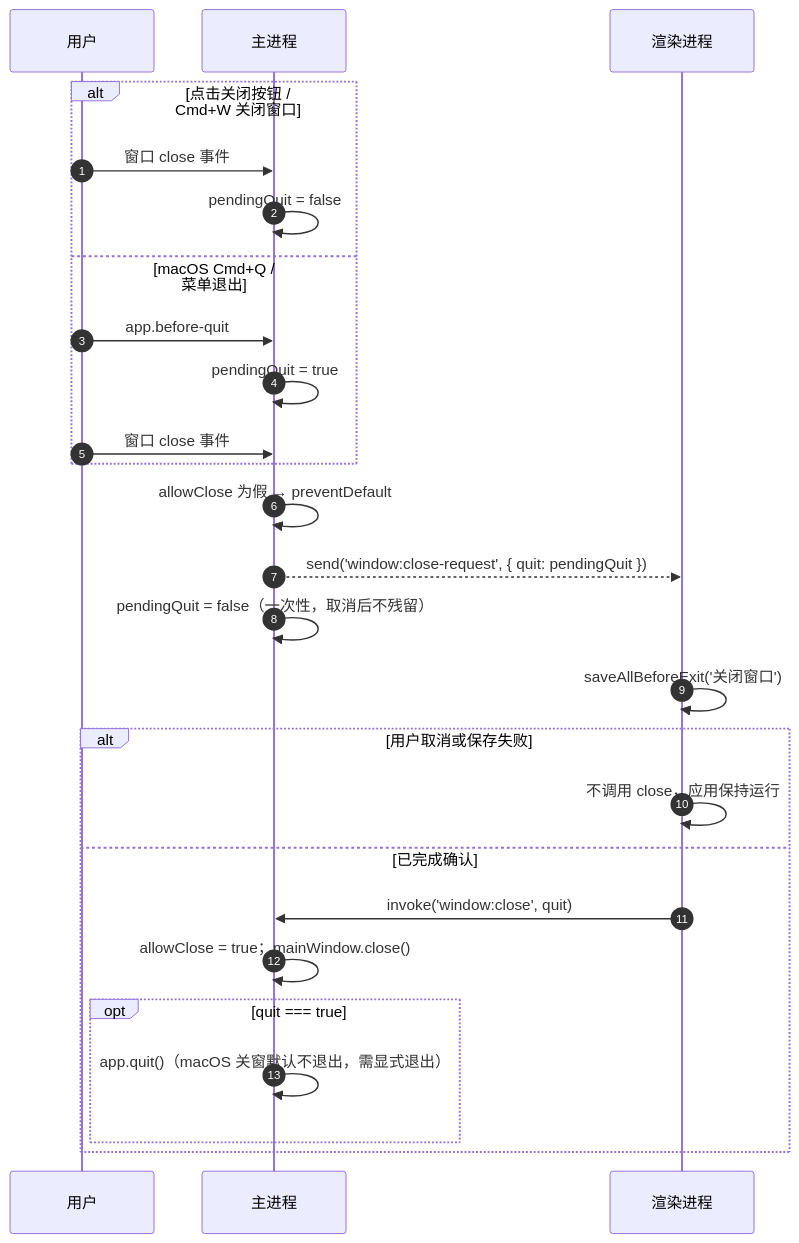
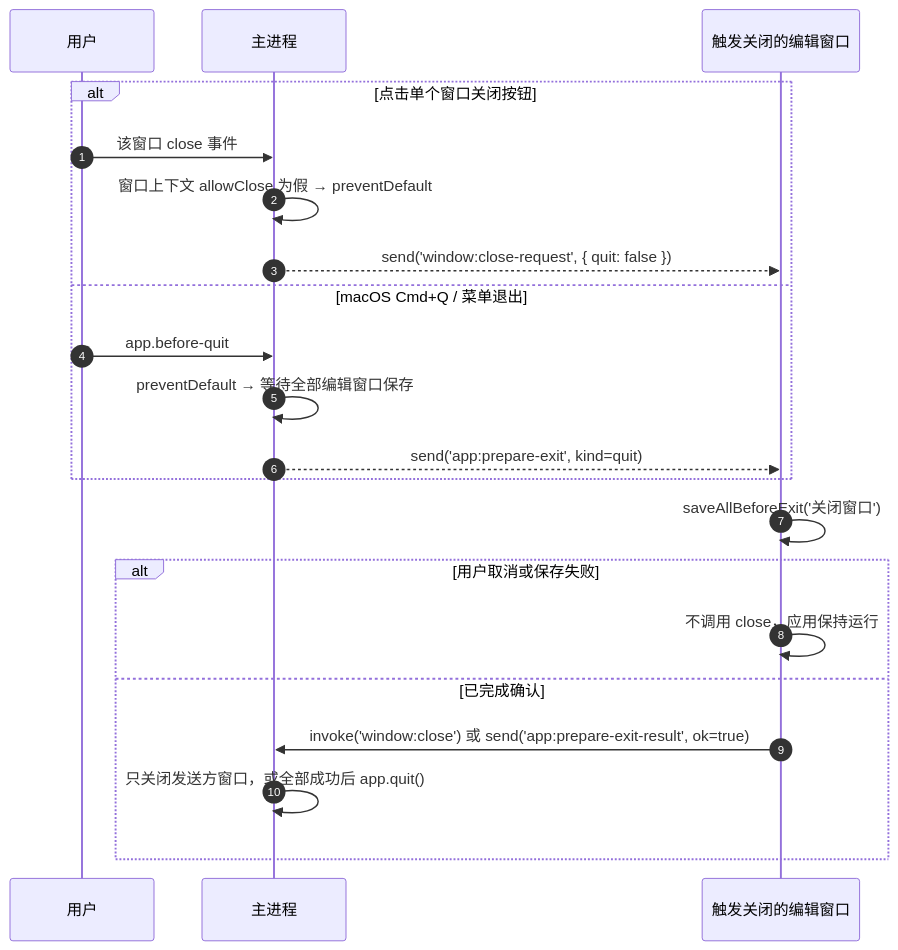
Before and after one commit to Harley-xk/mark-it: the fourth of 4 diagrams in docs/IPC接口与进程契约.md, drawn with Mermaid. The commit also changed other lines of this file and 47 other files, not shown here.

````diff
--- a/docs/IPC接口与进程契约.md
+++ b/docs/IPC接口与进程契约.md
@@ -386,30 +410,25 @@
 ```mermaid
 sequenceDiagram
     autonumber
     participant U as 用户
     participant M as 主进程
-    participant R as 渲染进程
+    participant R as 触发关闭的编辑窗口
 
-    alt 点击关闭按钮 / Cmd+W 关闭窗口
-        U->>M: 窗口 close 事件
-        M->>M: pendingQuit = false
+    alt 点击单个窗口关闭按钮
+        U->>M: 该窗口 close 事件
+        M->>M: 窗口上下文 allowClose 为假 → preventDefault
+        M-->>R: send('window:close-request', { quit: false })
     else macOS Cmd+Q / 菜单退出
         U->>M: app.before-quit
-        M->>M: pendingQuit = true
-        U->>M: 窗口 close 事件
+        M->>M: preventDefault → 等待全部编辑窗口保存
+        M-->>R: send('app:prepare-exit', kind=quit)
     end
 
-    M->>M: allowClose 为假 → preventDefault
-    M-->>R: send('window:close-request', { quit: pendingQuit })
-    M->>M: pendingQuit = false（一次性，取消后不残留）
     R->>R: saveAllBeforeExit('关闭窗口')
     alt 用户取消或保存失败
         R->>R: 不调用 close，应用保持运行
     else 已完成确认
-        R->>M: invoke('window:close', quit)
-        M->>M: allowClose = true；mainWindow.close()
-        opt quit === true
-            M->>M: app.quit()（macOS 关窗默认不退出，需显式退出）
-        end
+        R->>M: invoke('window:close') 或 send('app:prepare-exit-result', ok=true)
+        M->>M: 只关闭发送方窗口，或全部成功后 app.quit()
     end
 ```
````
